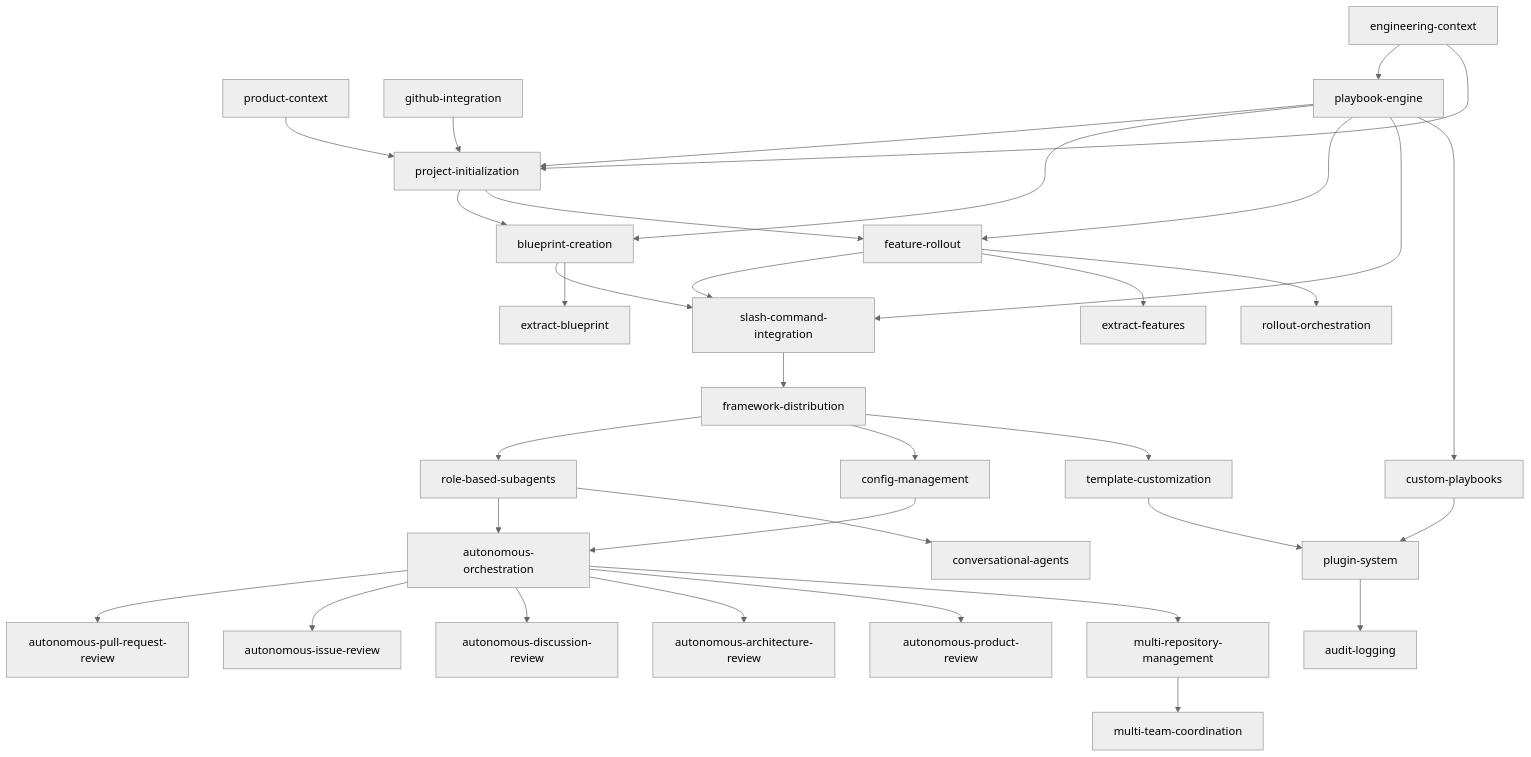
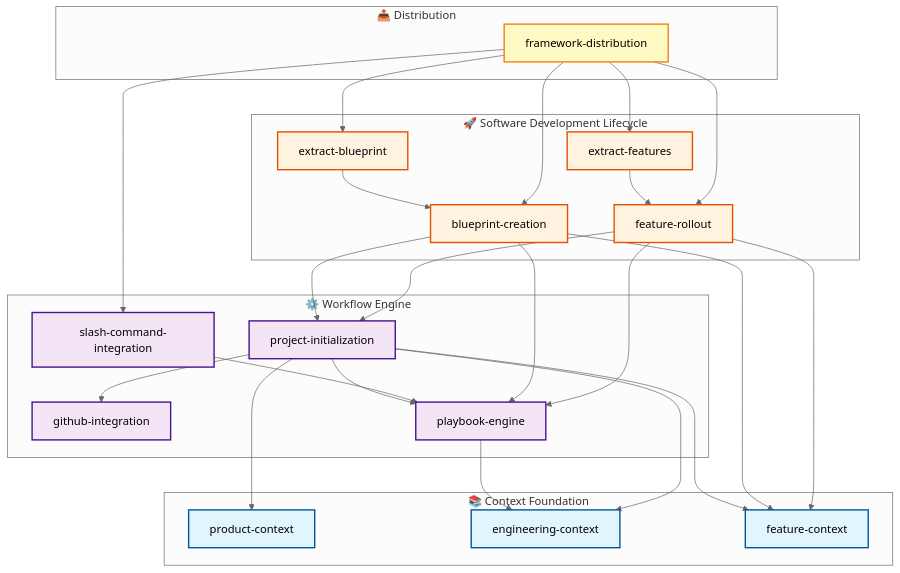
One commit to Xerilium/catalyst changed the first of 2 diagrams in .xe/specs/blueprint/plan.md. Above: the diagram before and after it, drawn with Mermaid (neutral theme). The commit also changed other lines of this file and 1 other file, not shown here.

First paragraph of the commit message:
[Catalyst][Blueprint] Add feature-context and restructure Phase 1
Added new feature-context feature and reorganized Phase 1 features into logical functional groups based on architecture analysis.

````diff
--- a/.xe/specs/blueprint/plan.md
+++ b/.xe/specs/blueprint/plan.md
@@ -330,92 +334,63 @@
 ```mermaid
 graph TD
-    %% Phase 1 - Tier 1.1
-    pc[product-context]
-    ec[engineering-context]
-    gh[github-integration]
+    %% Context Foundation - just templates
+    subgraph context["📚 Context Foundation"]
+        pc[product-context]
+        ec[engineering-context]
+        fc[feature-context]
+    end
 
-    %% Phase 1 - Tier 1.2
-    pe[playbook-engine]
-    pi[project-initialization]
+    %% Workflow Engine - execution infrastructure + integrations
+    subgraph engine["⚙️ Workflow Engine"]
+        gh[github-integration]
+        pe[playbook-engine]
+        pi[project-initialization]
+        sc[slash-command-integration]
+    end
 
-    %% Phase 1 - Tier 1.3
-    bc[blueprint-creation]
-    fr[feature-rollout]
+    %% Software Development Lifecycle - end-to-end product engineering
+    subgraph sdlc["🚀 Software Development Lifecycle"]
+        bc[blueprint-creation]
+        fr[feature-rollout]
+        ef[extract-features]
+        eb[extract-blueprint]
+    end
 
-    %% Phase 1 - Tier 1.4
-    sc[slash-command-integration]
+    %% Distribution
+    subgraph dist["📤 Distribution"]
+        fd[framework-distribution]
+    end
 
-    %% Phase 1 - Tier 1.5
-    dist[framework-distribution]
+    %% Dependencies (arrows point TO what you need)
+    pe --> ec
+    pi --> pc
+    pi --> ec
+    pi --> fc
+    pi --> gh
+    pi --> pe
+    sc --> pe
+    bc --> pe
+    bc --> pi
+    bc --> fc
+    fr --> pe
+    fr --> pi
+    fr --> fc
+    ef --> fr
+    eb --> bc
+    fd --> sc
+    fd --> bc
+    fd --> fr
+    fd --> ef
+    fd --> eb
 
-    %% Phase 1 - Tier 1.6
-    ef[extract-features]
-    eb[extract-blueprint]
+    %% Styling
+    classDef contextStyle fill:#e1f5ff,stroke:#01579b,stroke-width:2px
+    classDef engineStyle fill:#f3e5f5,stroke:#4a148c,stroke-width:2px
+    classDef sdlcStyle fill:#fff3e0,stroke:#e65100,stroke-width:2px
+    classDef distStyle fill:#fff9c4,stroke:#f57f17,stroke-width:2px
 
-    %% Phase 2
-    rbs[role-based-subagents]
-    cm[config-management]
-    ao[autonomous-orchestration]
-    ro[rollout-orchestration]
-
-    %% Phase 3
-    apr[autonomous-pull-request-review]
-    air[autonomous-issue-review]
-    adr[autonomous-discussion-review]
-    aar[autonomous-architecture-review]
-    aprod[autonomous-product-review]
-    ca[conversational-agents]
-
-    %% Phase 4
-    tc[template-customization]
-    cp[custom-playbooks]
-    ps[plugin-system]
-
-    %% Phase 5
-    mrm[multi-repository-management]
-    mtc[multi-team-coordination]
-    al[audit-logging]
-
-    %% Phase 1 Dependencies
-    ec --> pe
-    pc --> pi
-    ec --> pi
-    gh --> pi
-    pe --> pi
-    pe --> bc
-    pi --> bc
-    pe --> fr
-    pi --> fr
-    pe --> sc
-    bc --> sc
-    fr --> sc
-    sc --> dist
-    fr --> ef
-    bc --> eb
-
-    %% Phase 2 Dependencies
-    dist --> rbs
-    dist --> cm
-    rbs --> ao
-    cm --> ao
-    fr --> ro
-
-    %% Phase 3 Dependencies
-    ao --> apr
-    ao --> air
-    ao --> adr
-    ao --> aar
-    ao --> aprod
-    rbs --> ca
-
-    %% Phase 4 Dependencies
-    dist --> tc
-    pe --> cp
-    tc --> ps
-    cp --> ps
-
-    %% Phase 5 Dependencies
-    ao --> mrm
-    mrm --> mtc
-    ps --> al
+    class pc,ec,fc contextStyle
+    class gh,pe,pi,sc engineStyle
+    class bc,fr,ef,eb sdlcStyle
+    class fd distStyle
 ```
````
